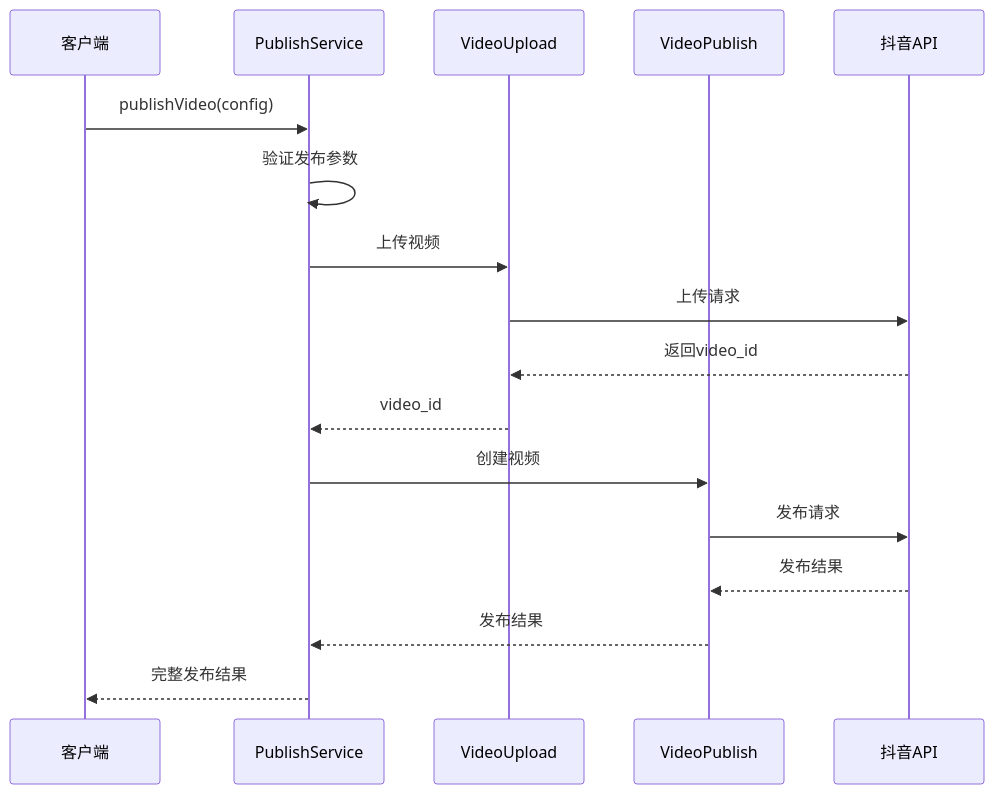
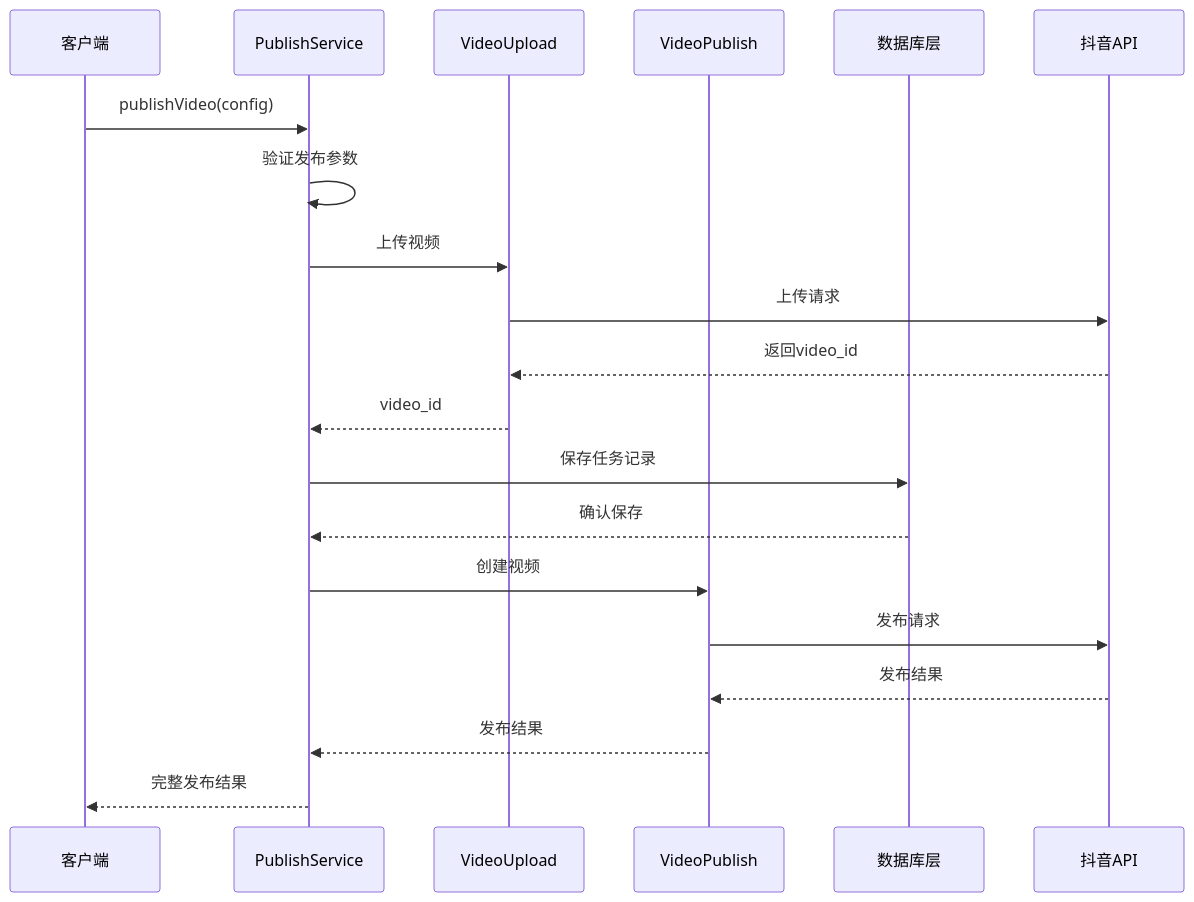
The seventh of 13 diagrams in .qoder/repowiki/zh/content/Legacy Upload System Removed.md (songdiyang/clawOperations), drawn with Mermaid before and after one commit. The commit also changed other lines of this file and 10 other files, not shown here.

````diff
--- a/.qoder/repowiki/zh/content/Legacy Upload System Removed.md
+++ b/.qoder/repowiki/zh/content/Legacy Upload System Removed.md
@@ -321,19 +358,22 @@
 ```mermaid
 sequenceDiagram
 participant Client as 客户端
 participant Service as PublishService
 participant Upload as VideoUpload
 participant Publish as VideoPublish
+participant Database as 数据库层
 participant Douyin as 抖音API
 Client->>Service : publishVideo(config)
 Service->>Service : 验证发布参数
 Service->>Upload : 上传视频
 Upload->>Douyin : 上传请求
 Douyin-->>Upload : 返回video_id
 Upload-->>Service : video_id
+Service->>Database : 保存任务记录
+Database-->>Service : 确认保存
 Service->>Publish : 创建视频
 Publish->>Douyin : 发布请求
 Douyin-->>Publish : 发布结果
 Publish-->>Service : 发布结果
 Service-->>Client : 完整发布结果
 ```
````
